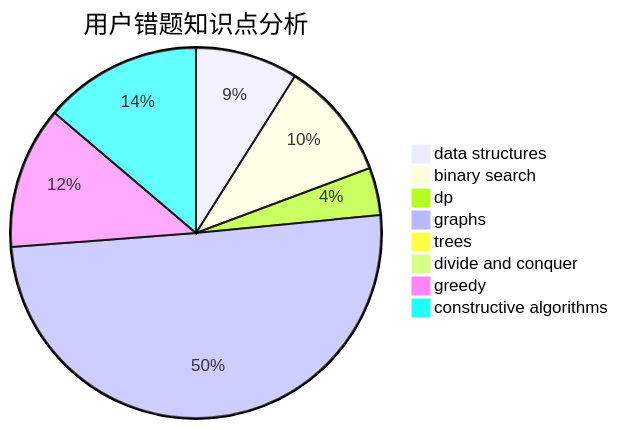
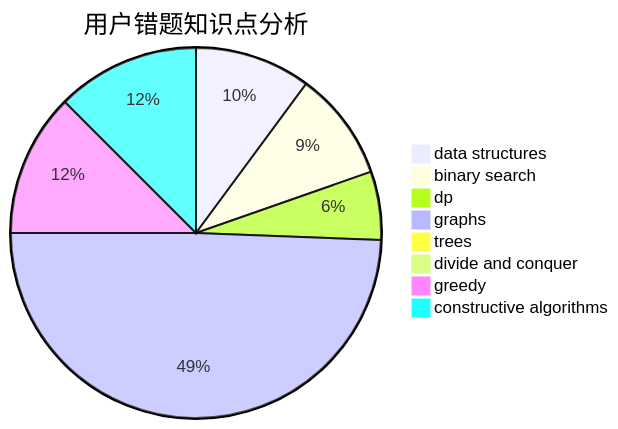
One commit to sherpahu/cfrs.github.io changed the third of 3 diagrams in docs/user/u1720.md. Above: the diagram before and after it, drawn with Mermaid. The commit also changed other lines of this file and 2770 other files, not shown here.

````diff
--- a/docs/user/u1720.md
+++ b/docs/user/u1720.md
@@ -36,11 +36,11 @@
 ```mermaid
 pie title 用户错题知识点分析
-    "data structures" :  13
-    "binary search" :  15
-    "dp" :  6
-    "graphs" :  73
+    "data structures" :  17
+    "binary search" :  16
+    "dp" :  10
+    "graphs" :  83
     "trees" :  1
-    "divide and conquer" :  0
-    "greedy" :  18
-    "constructive algorithms" :  20
+    "divide and conquer" :  1
+    "greedy" :  21
+    "constructive algorithms" :  21
 ```
````
